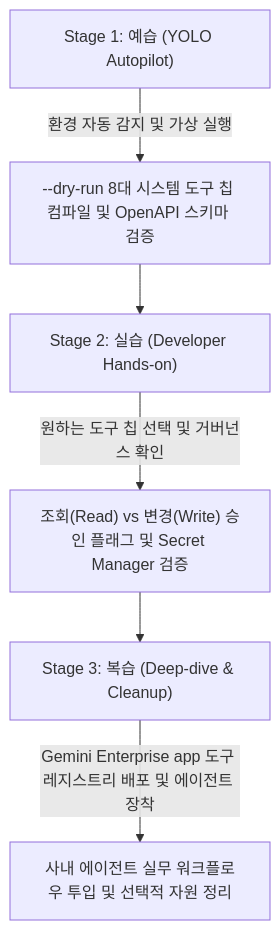
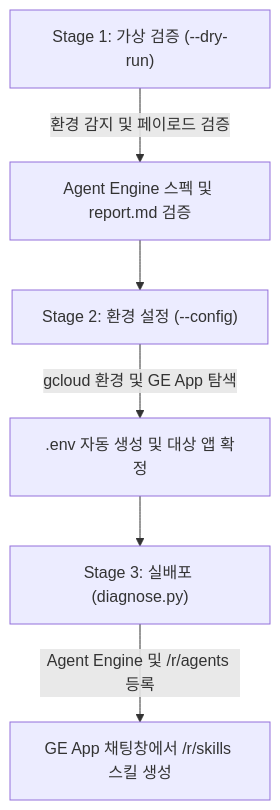
Before and after one commit to jiangjun-forge/google-cloud-0-to-1: the diagram in .agents/skills/gemini-enterprise-factory-skill/SKILL.md, drawn with Mermaid. The commit also changed other lines of this file and 39 other files, not shown here.

````diff
--- a/.agents/skills/gemini-enterprise-factory-skill/SKILL.md
+++ b/.agents/skills/gemini-enterprise-factory-skill/SKILL.md
@@ -35,8 +31,8 @@
 ```mermaid
 flowchart TD
-    A["Stage 1: 예습 (YOLO Autopilot)"] -->|환경 자동 감지 및 가상 실행| B["--dry-run 8대 시스템 도구 칩 컴파일 및 OpenAPI 스키마 검증"]
-    B --> C["Stage 2: 실습 (Developer Hands-on)"]
-    C -->|원하는 도구 칩 선택 및 거버넌스 확인| D["조회(Read) vs 변경(Write) 승인 플래그 및 Secret Manager 검증"]
-    D --> E["Stage 3: 복습 (Deep-dive & Cleanup)"]
-    E -->|Gemini Enterprise app 도구 레지스트리 배포 및 에이전트 장착| F["사내 에이전트 실무 워크플로우 투입 및 선택적 자원 정리"]
+    A["Stage 1: 가상 검증 (--dry-run)"] -->|환경 감지 및 페이로드 검증| B["Agent Engine 스펙 및 report.md 검증"]
+    B --> C["Stage 2: 환경 설정 (--config)"]
+    C -->|gcloud 환경 및 GE App 탐색| D[".env 자동 생성 및 대상 앱 확정"]
+    D --> E["Stage 3: 실배포 (diagnose.py)"]
+    E -->|Agent Engine 및 /r/agents 등록| F["GE App 채팅창에서 /r/skills 스킬 생성"]
 ```
````
